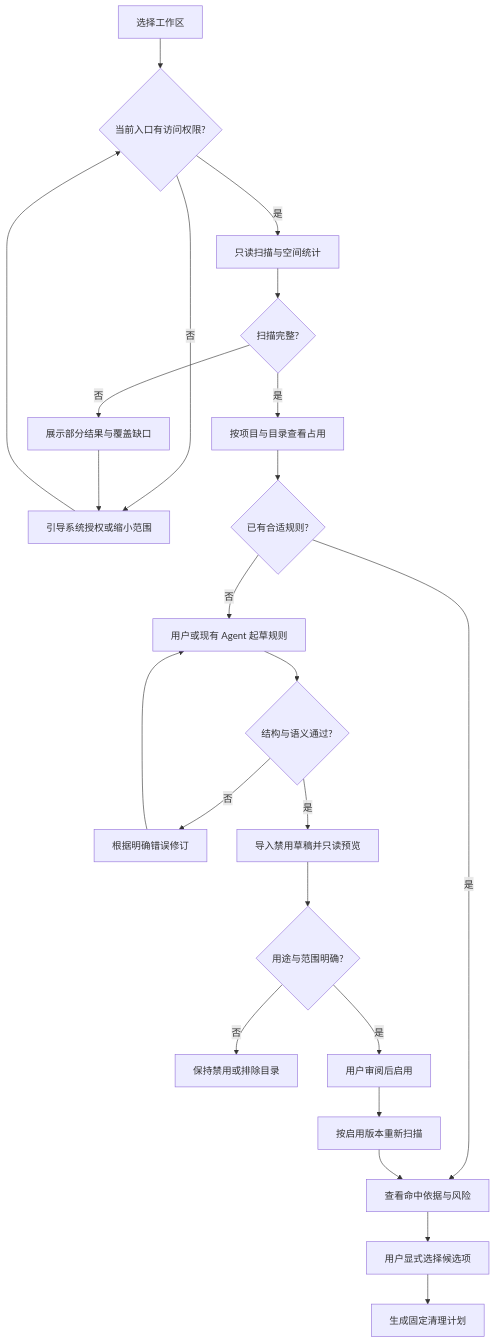
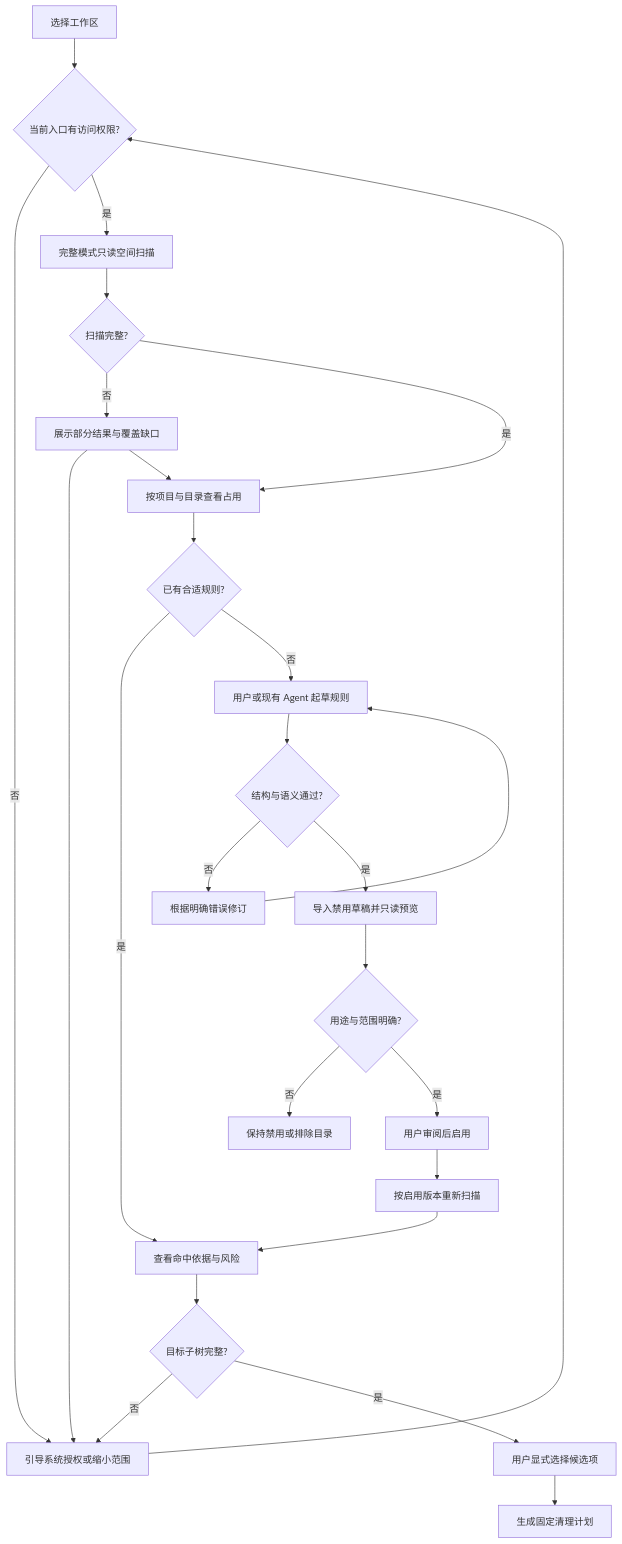
One commit to limecloud/shou changed the second of 7 diagrams in docs/zh-CN/architecture/workflows-and-sequences.md. Above: the diagram before and after it, drawn with Mermaid. The commit also changed other lines of this file and 136 other files, not shown here.

````diff
--- a/docs/zh-CN/architecture/workflows-and-sequences.md
+++ b/docs/zh-CN/architecture/workflows-and-sequences.md
@@ -9,25 +30,28 @@
 ```mermaid
 flowchart TD
     Start[选择工作区] --> Access{当前入口有访问权限?}
     Access -->|否| Grant[引导系统授权或缩小范围]
     Grant --> Access
-    Access -->|是| Scan[只读扫描与空间统计]
+    Access -->|是| Scan[完整模式只读空间扫描]
     Scan --> Complete{扫描完整?}
     Complete -->|否| Partial[展示部分结果与覆盖缺口]
     Partial --> Grant
+    Partial --> Classify
     Complete -->|是| Classify[按项目与目录查看占用]
     Classify --> Known{已有合适规则?}
     Known -->|是| Evidence[查看命中依据与风险]
     Known -->|否| Draft[用户或现有 Agent 起草规则]
     Draft --> Validate{结构与语义通过?}
     Validate -->|否| Revise[根据明确错误修订]
     Revise --> Draft
     Validate -->|是| Import[导入禁用草稿并只读预览]
     Import --> Review{用途与范围明确?}
     Review -->|否| Exclude[保持禁用或排除目录]
     Review -->|是| Enable[用户审阅后启用]
     Enable --> Rescan[按启用版本重新扫描]
     Rescan --> Evidence
-    Evidence --> Select[用户显式选择候选项]
+    Evidence --> Target{目标子树完整?}
+    Target -->|否| Grant
+    Target -->|是| Select[用户显式选择候选项]
     Select --> Plan[生成固定清理计划]
 ```
````
